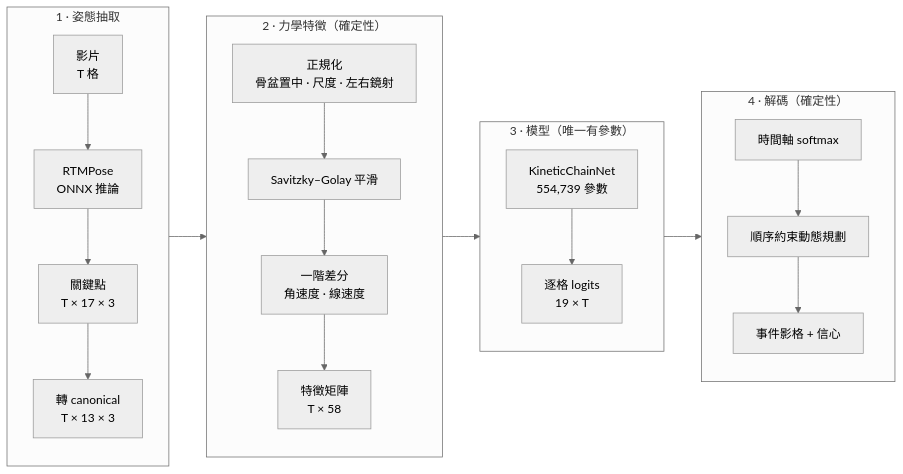
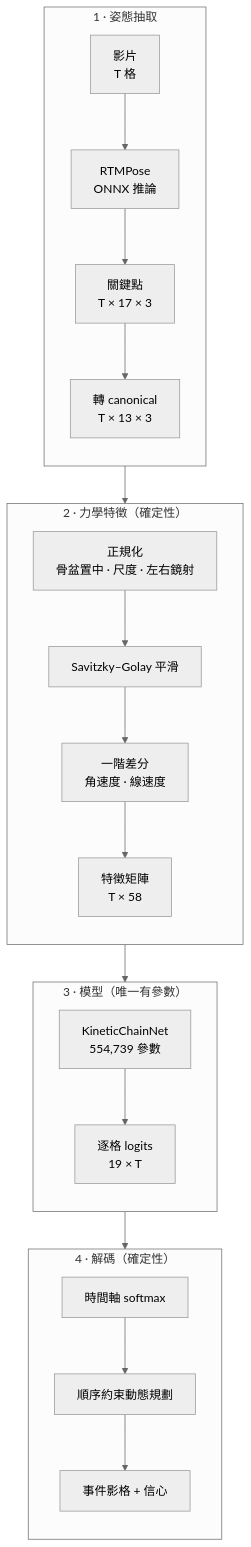
One commit to Air847735/KineticChain_Experiment changed the first of 3 diagrams in README.md. Above: the diagram before and after it, drawn with Mermaid (neutral theme). The commit also changed other lines of this file and 3 other files, not shown here.

First line of the commit message:
docs: 整份核對文件與程式碼；重繪架構圖；補上運動項目列表

````diff
--- a/README.md
+++ b/README.md
@@ -72,27 +96,27 @@
 ```mermaid
-flowchart LR
+flowchart TB
     subgraph S1["1 · 姿態抽取"]
         direction TB
         V["影片<br/>T 格"] --> RTM["RTMPose<br/>ONNX 推論"]
         RTM --> KP["關鍵點<br/>T × 17 × 3"]
         KP --> CAN["轉 canonical<br/>T × 13 × 3"]
     end
     subgraph S2["2 · 力學特徵（確定性）"]
         direction TB
         NORM["正規化<br/>骨盆置中 · 尺度 · 左右鏡射"] --> SG["Savitzky–Golay 平滑"]
         SG --> DIFF["一階差分<br/>角速度 · 線速度"]
         DIFF --> FEAT["特徵矩陣<br/>T × 58"]
     end
     subgraph S3["3 · 模型（唯一有參數）"]
         direction TB
         NET["KineticChainNet<br/>554,739 參數"] --> LOG["逐格 logits<br/>19 × T"]
     end
     subgraph S4["4 · 解碼（確定性）"]
         direction TB
         SMX["時間軸 softmax"] --> DP["順序約束動態規劃"]
         DP --> OUT["事件影格 + 信心"]
     end
     CAN --> NORM
     FEAT --> NET
     LOG --> SMX
 ```
````
